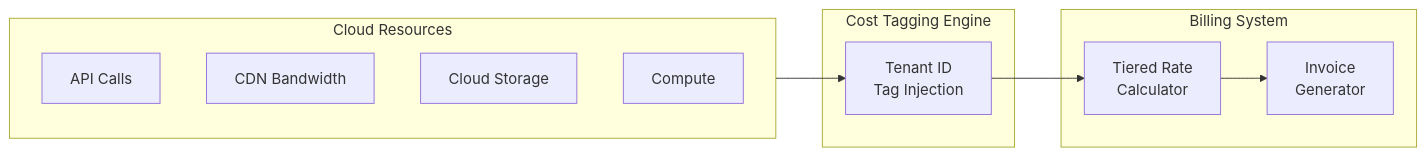
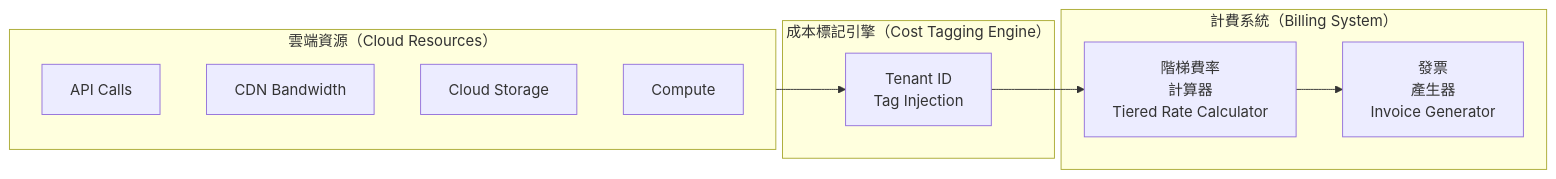
The eighth of 12 diagrams in docs/iGaming/architecture/00_Overview/Platform_Architecture.md (ron03wlb/smart-admin), drawn with Mermaid before and after one commit. The commit also changed other lines of this file, not shown here.

First line of the commit message:
docs(iGaming): translate Platform_Architecture.md to Traditional Chinese

````diff
--- a/docs/iGaming/architecture/00_Overview/Platform_Architecture.md
+++ b/docs/iGaming/architecture/00_Overview/Platform_Architecture.md
@@ -341,20 +341,20 @@
 ```mermaid
 graph LR
-    subgraph Resources["Cloud Resources"]
+    subgraph Resources["雲端資源（Cloud Resources）"]
         API_CALL[API Calls]
         CDN_BW[CDN Bandwidth]
         STORAGE[Cloud Storage]
         COMPUTE[Compute]
     end
 
-    subgraph Tagging["Cost Tagging Engine"]
+    subgraph Tagging["成本標記引擎（Cost Tagging Engine）"]
         TAG[Tenant ID<br/>Tag Injection]
     end
 
-    subgraph Billing["Billing System"]
-        CALC[Tiered Rate<br/>Calculator]
-        INVOICE[Invoice<br/>Generator]
+    subgraph Billing["計費系統（Billing System）"]
+        CALC[階梯費率<br/>計算器<br/>Tiered Rate Calculator]
+        INVOICE[發票<br/>產生器<br/>Invoice Generator]
     end
 
     Resources --> TAG --> CALC --> INVOICE
 ```
````
